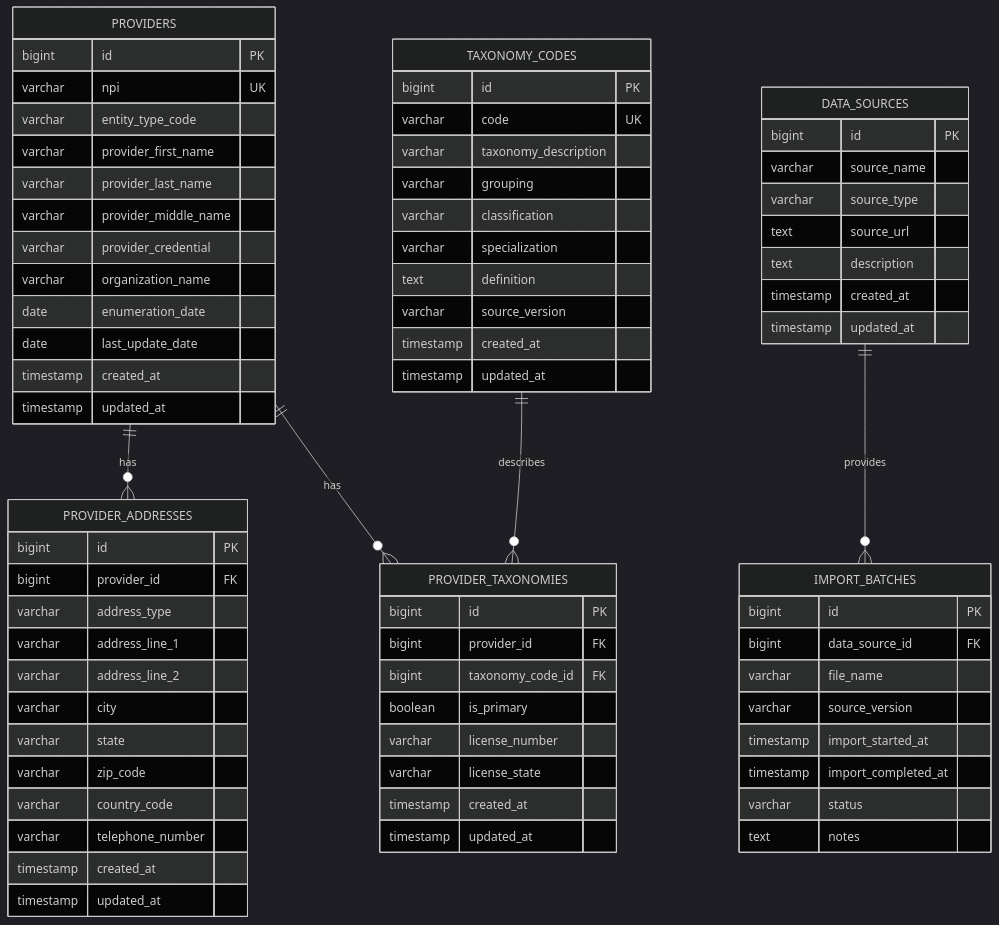
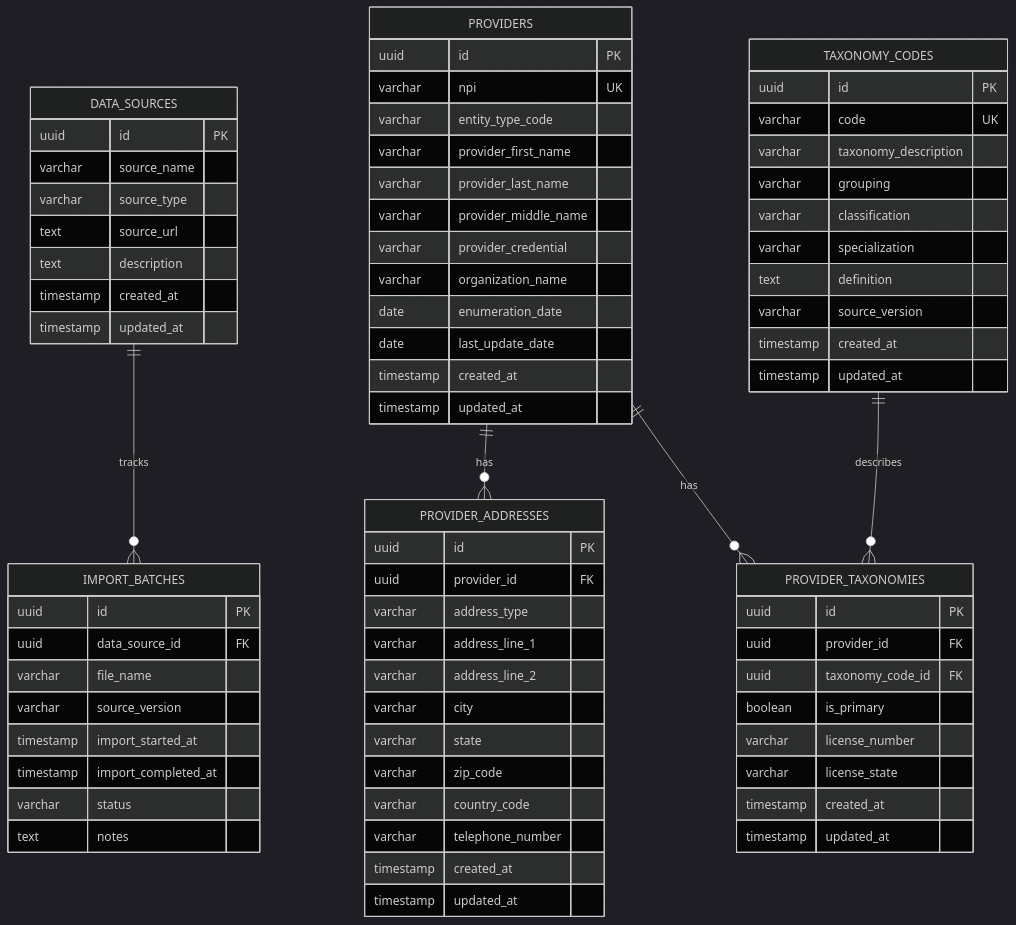
Before and after one commit to ShawnLeeTech/emr-provider-lookup: the diagram in docs/database/provider-lookup-mermaid.md, drawn with Mermaid (dark theme). The commit also changed other lines of this file and 6 other files, not shown here.

Commit message:
Update provider schema to use UUID primary keys

````diff
--- a/docs/database/provider-lookup-mermaid.md
+++ b/docs/database/provider-lookup-mermaid.md
@@ -38,82 +5,82 @@
 ```mermaid
 erDiagram
-    PROVIDERS ||--o{ PROVIDER_ADDRESSES : has
-    PROVIDERS ||--o{ PROVIDER_TAXONOMIES : has
-    TAXONOMY_CODES ||--o{ PROVIDER_TAXONOMIES : describes
-    DATA_SOURCES ||--o{ IMPORT_BATCHES : provides
+    DATA_SOURCES {
+        uuid id PK
+        varchar source_name
+        varchar source_type
+        text source_url
+        text description
+        timestamp created_at
+        timestamp updated_at
+    }
 
     PROVIDERS {
-        bigint id PK
+        uuid id PK
         varchar npi UK
         varchar entity_type_code
         varchar provider_first_name
         varchar provider_last_name
         varchar provider_middle_name
         varchar provider_credential
         varchar organization_name
         date enumeration_date
         date last_update_date
         timestamp created_at
         timestamp updated_at
     }
 
+    TAXONOMY_CODES {
+        uuid id PK
+        varchar code UK
+        varchar taxonomy_description
+        varchar grouping
+        varchar classification
+        varchar specialization
+        text definition
+        varchar source_version
+        timestamp created_at
+        timestamp updated_at
+    }
+
+    IMPORT_BATCHES {
+        uuid id PK
+        uuid data_source_id FK
+        varchar file_name
+        varchar source_version
+        timestamp import_started_at
+        timestamp import_completed_at
+        varchar status
+        text notes
+    }
+
     PROVIDER_ADDRESSES {
-        bigint id PK
-        bigint provider_id FK
+        uuid id PK
+        uuid provider_id FK
         varchar address_type
         varchar address_line_1
         varchar address_line_2
         varchar city
         varchar state
         varchar zip_code
         varchar country_code
         varchar telephone_number
         timestamp created_at
         timestamp updated_at
     }
 
-    TAXONOMY_CODES {
-        bigint id PK
-        varchar code UK
-        varchar taxonomy_description
-        varchar grouping
-        varchar classification
-        varchar specialization
-        text definition
-        varchar source_version
-        timestamp created_at
-        timestamp updated_at
-    }
-
     PROVIDER_TAXONOMIES {
-        bigint id PK
-        bigint provider_id FK
-        bigint taxonomy_code_id FK
+        uuid id PK
+        uuid provider_id FK
+        uuid taxonomy_code_id FK
         boolean is_primary
         varchar license_number
         varchar license_state
         timestamp created_at
         timestamp updated_at
     }
 
-    DATA_SOURCES {
-        bigint id PK
-        varchar source_name
-        varchar source_type
-        text source_url
-        text description
-        timestamp created_at
-        timestamp updated_at
-    }
-
-    IMPORT_BATCHES {
-        bigint id PK
-        bigint data_source_id FK
-        varchar file_name
-        varchar source_version
-        timestamp import_started_at
-        timestamp import_completed_at
-        varchar status
-        text notes
-    }
+    DATA_SOURCES ||--o{ IMPORT_BATCHES : tracks
+    PROVIDERS ||--o{ PROVIDER_ADDRESSES : has
+    PROVIDERS ||--o{ PROVIDER_TAXONOMIES : has
+    TAXONOMY_CODES ||--o{ PROVIDER_TAXONOMIES : describes
 ```
````
